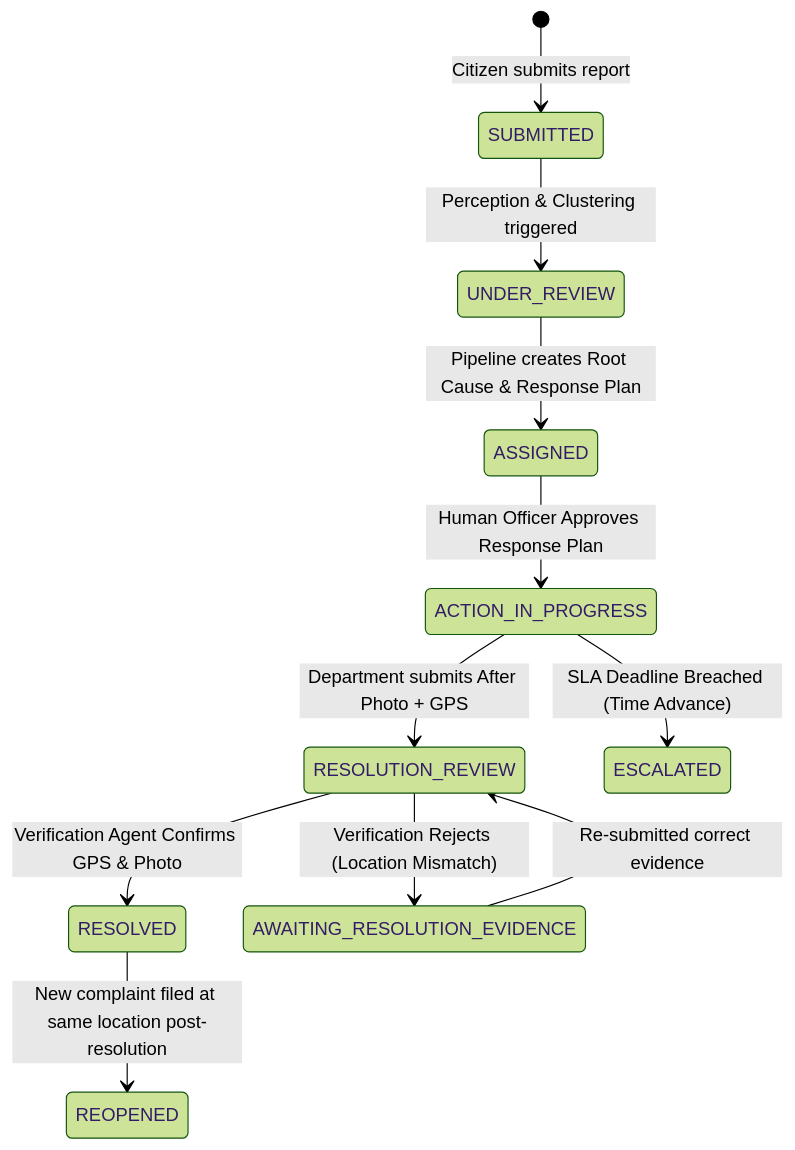
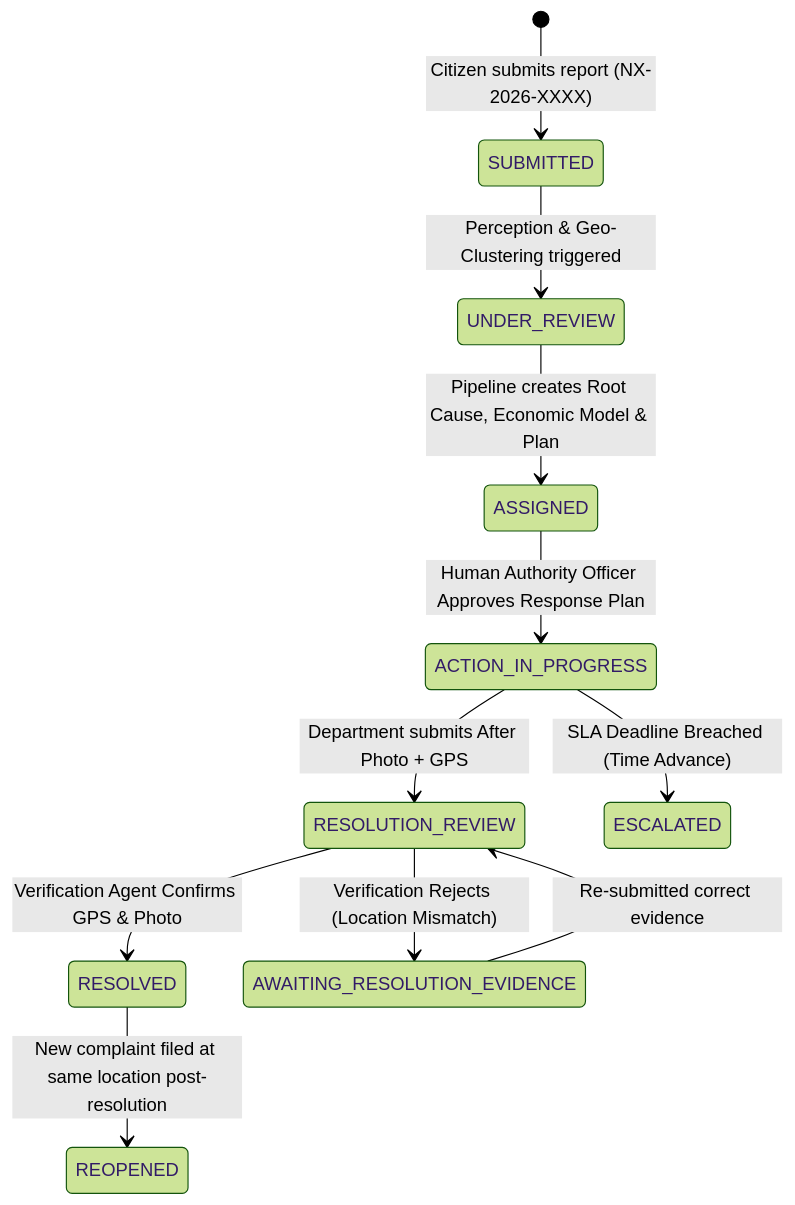
Before and after one commit to Gd-raj7/Team-Nexus-: the diagram in PROJECT_NOTES.md, drawn with Mermaid (forest theme). The commit also changed other lines of this file and 51 other files, not shown here.

````diff
--- a/PROJECT_NOTES.md
+++ b/PROJECT_NOTES.md
@@ -207,13 +195,13 @@
 ```mermaid
 stateDiagram-v2
-    [*] --> SUBMITTED : Citizen submits report
-    SUBMITTED --> UNDER_REVIEW : Perception & Clustering triggered
-    UNDER_REVIEW --> ASSIGNED : Pipeline creates Root Cause & Response Plan
-    ASSIGNED --> ACTION_IN_PROGRESS : Human Officer Approves Response Plan
+    [*] --> SUBMITTED : Citizen submits report (NX-2026-XXXX)
+    SUBMITTED --> UNDER_REVIEW : Perception & Geo-Clustering triggered
+    UNDER_REVIEW --> ASSIGNED : Pipeline creates Root Cause, Economic Model & Plan
+    ASSIGNED --> ACTION_IN_PROGRESS : Human Authority Officer Approves Response Plan
     ACTION_IN_PROGRESS --> RESOLUTION_REVIEW : Department submits After Photo + GPS
     RESOLUTION_REVIEW --> RESOLVED : Verification Agent Confirms GPS & Photo
     RESOLUTION_REVIEW --> AWAITING_RESOLUTION_EVIDENCE : Verification Rejects (Location Mismatch)
     AWAITING_RESOLUTION_EVIDENCE --> RESOLUTION_REVIEW : Re-submitted correct evidence
     ACTION_IN_PROGRESS --> ESCALATED : SLA Deadline Breached (Time Advance)
     RESOLVED --> REOPENED : New complaint filed at same location post-resolution
 ```
````
